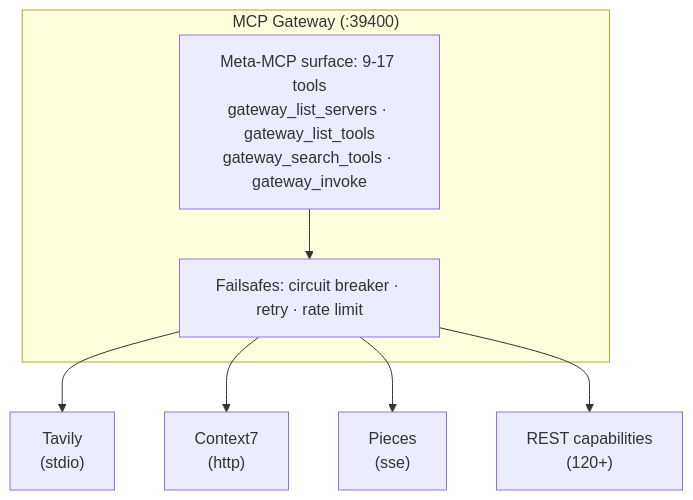
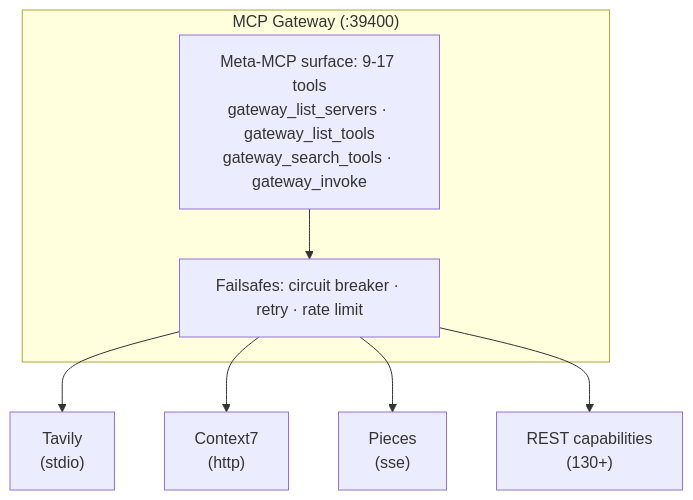
Before and after one commit to MikkoParkkola/mcp-gateway: the second of 2 diagrams in README.md, drawn with Mermaid. The commit also changed other lines of this file and 75 other files, not shown here.

````diff
--- a/README.md
+++ b/README.md
@@ -366,12 +366,12 @@
 ```mermaid
 flowchart TB
     subgraph GW["MCP Gateway (:39400)"]
         META["Meta-MCP surface: 9-17 tools<br/>gateway_list_servers · gateway_list_tools<br/>gateway_search_tools · gateway_invoke"]
         FS["Failsafes: circuit breaker · retry · rate limit"]
         META --> FS
     end
     FS --> B1["Tavily<br/>(stdio)"]
     FS --> B2["Context7<br/>(http)"]
     FS --> B3["Pieces<br/>(sse)"]
-    FS --> B4["REST capabilities<br/>(120+)"]
+    FS --> B4["REST capabilities<br/>(130+)"]
 ```
````
